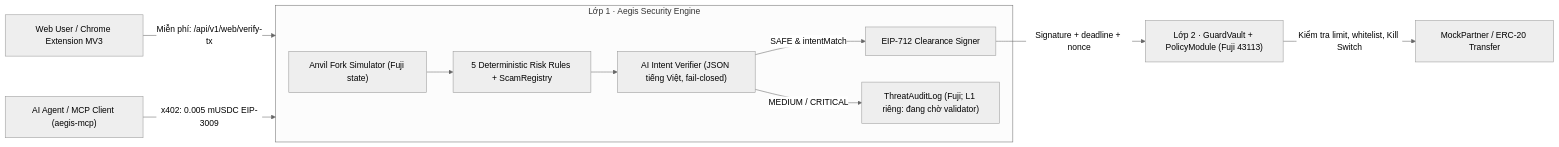
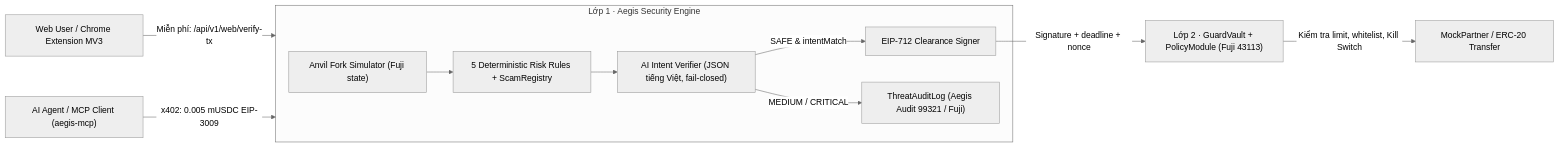
Before and after one commit to tq11372/aegis-avax: the diagram in README.md, drawn with Mermaid (neutral theme). The commit also changed other lines of this file and 2 other files, not shown here.

Commit message:
Verify Aegis Audit L1 validator and three on-chain audit receipts

````diff
--- a/README.md
+++ b/README.md
@@ -15,13 +15,13 @@
 ```mermaid
 flowchart LR
   User["Web User / Chrome Extension MV3"] -->|Miễn phí: /api/v1/web/verify-tx| FW
   Agent["AI Agent / MCP Client (aegis-mcp)"] -->|x402: 0.005 mUSDC EIP-3009| FW
   subgraph FW["Lớp 1 · Aegis Security Engine"]
     Sim["Anvil Fork Simulator (Fuji state)"] --> Rules["5 Deterministic Risk Rules + ScamRegistry"]
     Rules --> LLM["AI Intent Verifier (JSON tiếng Việt, fail-closed)"]
     LLM -->|SAFE & intentMatch| Signer["EIP-712 Clearance Signer"]
-    LLM -->|MEDIUM / CRITICAL| Audit["ThreatAuditLog (Fuji; L1 riêng: đang chờ validator)"]
+    LLM -->|MEDIUM / CRITICAL| Audit["ThreatAuditLog (Aegis Audit 99321 / Fuji)"]
   end
   Signer -->|Signature + deadline + nonce| Vault["Lớp 2 · GuardVault + PolicyModule (Fuji 43113)"]
   Vault -->|Kiểm tra limit, whitelist, Kill Switch| Target["MockPartner / ERC-20 Transfer"]
 ```
````
